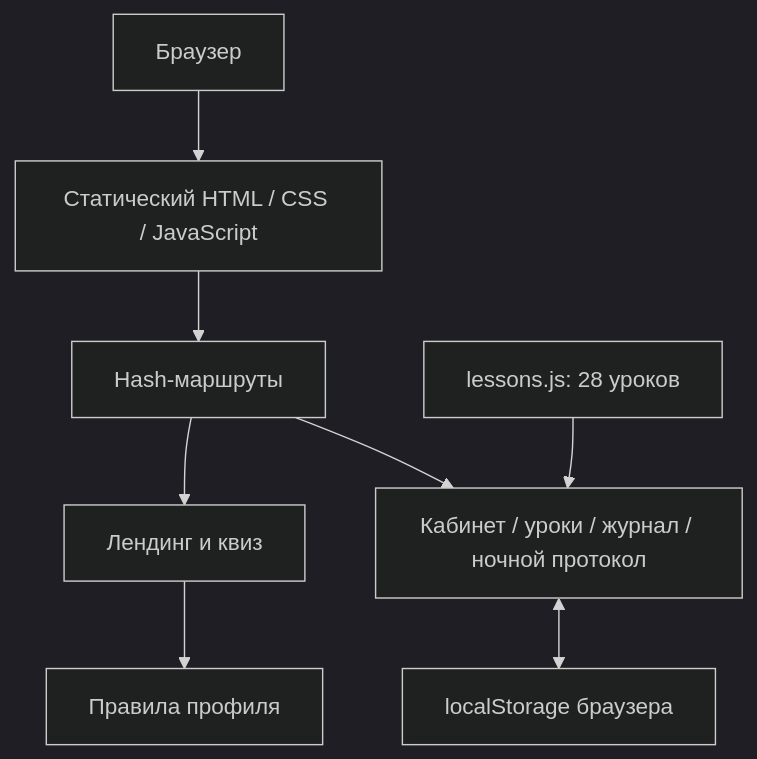
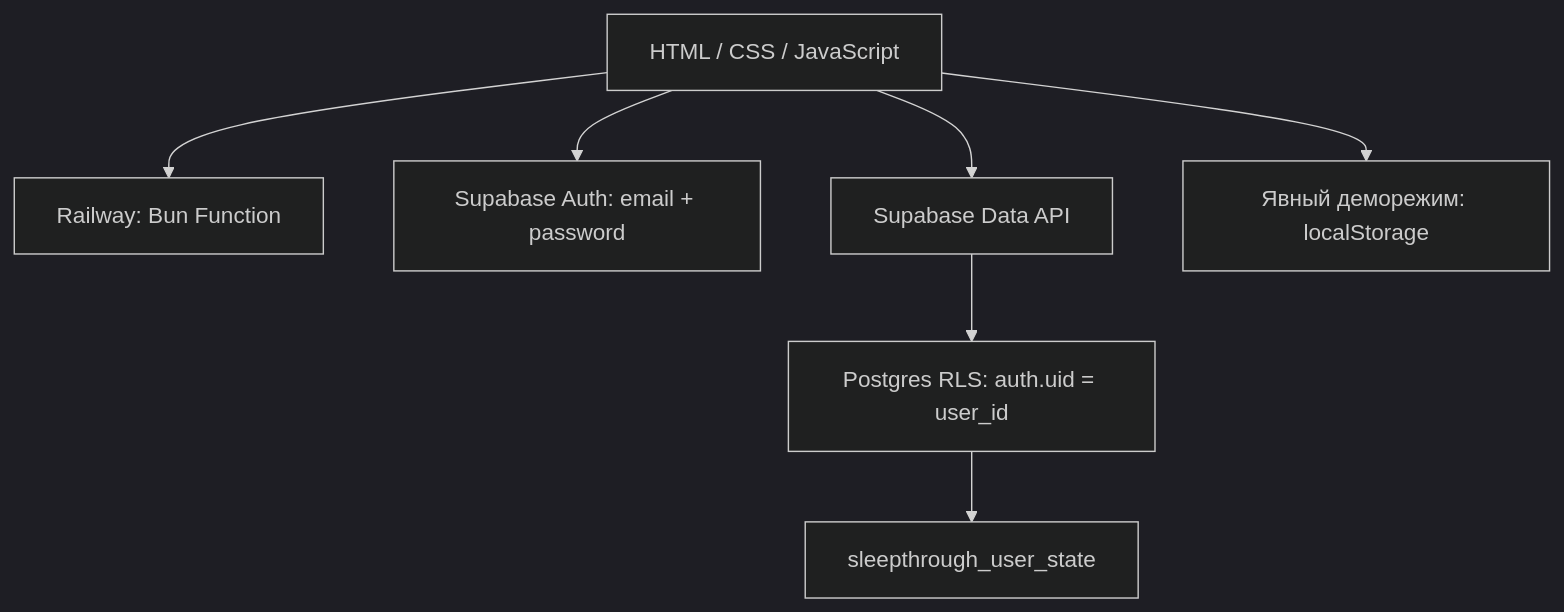
Before and after one commit to Levinate/sleepthrough: the diagram in docs/STACK.md, drawn with Mermaid (dark theme). The commit also changed other lines of this file and 15 other files, not shown here.

````diff
--- a/docs/STACK.md
+++ b/docs/STACK.md
@@ -9,10 +13,9 @@
 ```mermaid
 flowchart TD
-  Browser[Браузер] --> Static[Статический HTML / CSS / JavaScript]
-  Static --> Router[Hash-маршруты]
-  Router --> Landing[Лендинг и квиз]
-  Router --> App[Кабинет / уроки / журнал / ночной протокол]
-  Landing --> Rules[Правила профиля]
-  App <--> Local[localStorage браузера]
-  Lessons[lessons.js: 28 уроков] --> App
+  Browser[HTML / CSS / JavaScript] --> Host[Railway: Bun Function]
+  Browser --> Auth[Supabase Auth: email + password]
+  Browser --> API[Supabase Data API]
+  API --> RLS[Postgres RLS: auth.uid = user_id]
+  RLS --> State[sleepthrough_user_state]
+  Browser --> Demo[Явный деморежим: localStorage]
 ```
````
